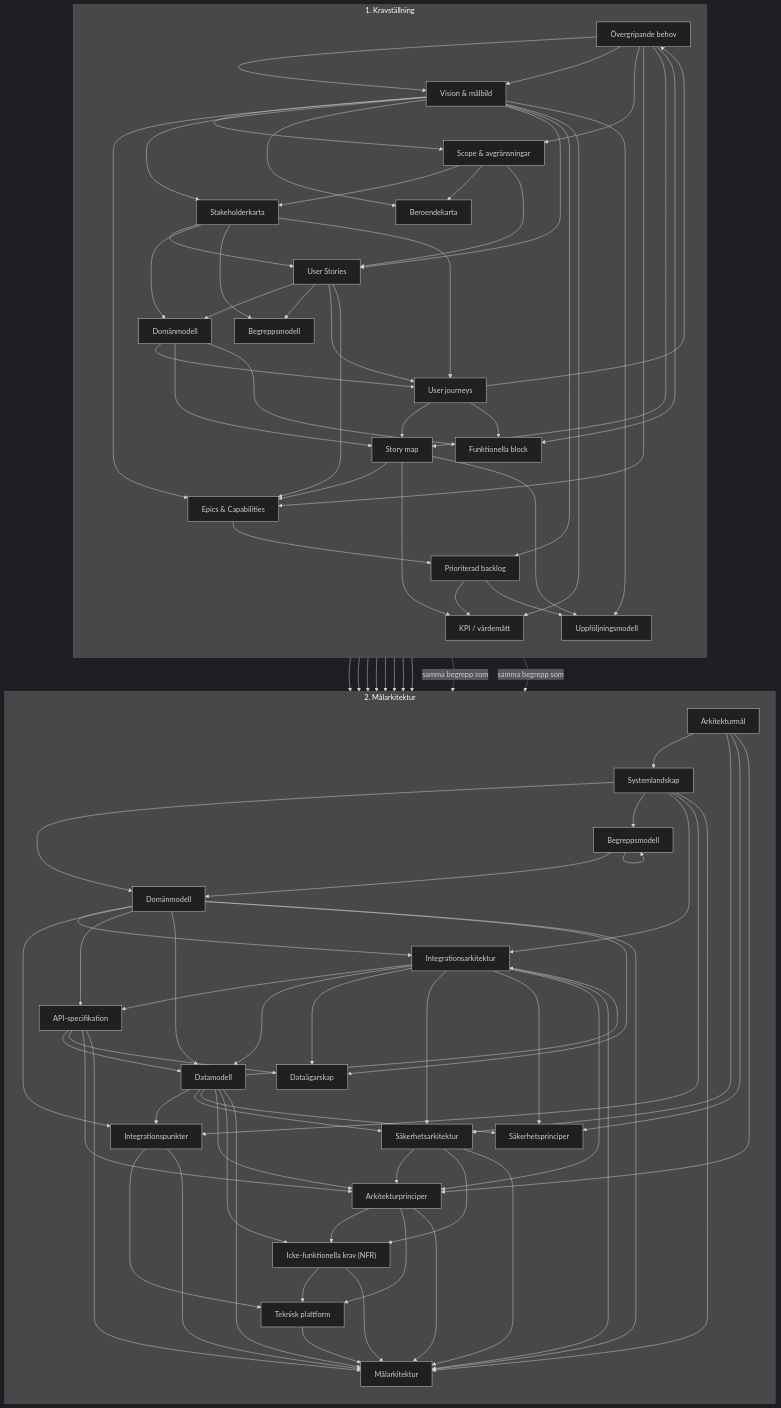
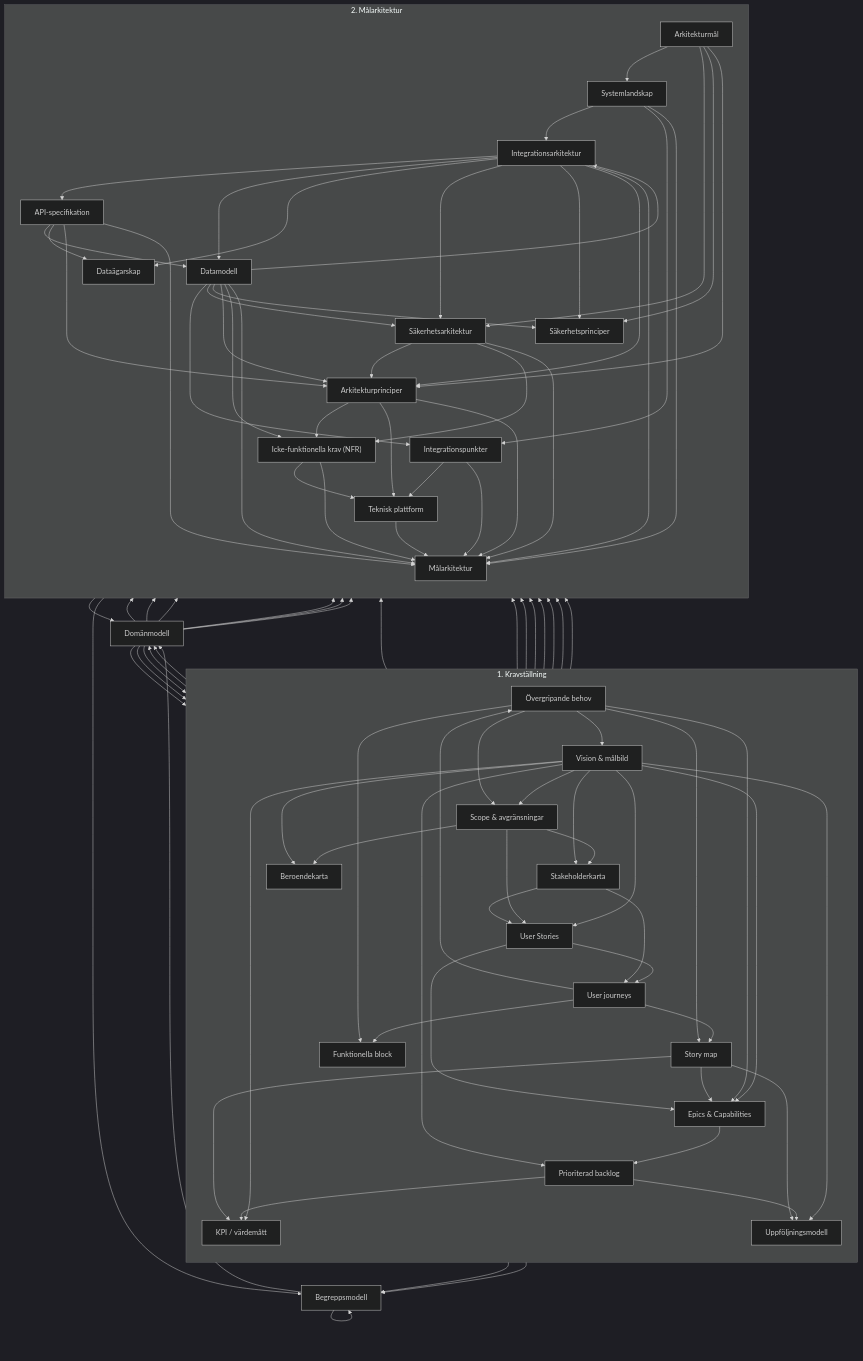
Before and after one commit to Riniga/valuestream-os: the diagram in docs/diagrams/artifact-dependencies-krav-och-malarkitektur.md, drawn with Mermaid (dark theme). The commit also changed other lines of this file and 5 other files, not shown here.

````diff
--- a/docs/diagrams/artifact-dependencies-krav-och-malarkitektur.md
+++ b/docs/diagrams/artifact-dependencies-krav-och-malarkitektur.md
@@ -16,8 +18,6 @@
     SK["Stakeholderkarta"]
     BK["Beroendekarta"]
     US["User Stories"]
-    DMk["Domänmodell"]
-    BMk["Begreppsmodell"]
     UJ["User journeys"]
     SM["Story map"]
     FB["Funktionella block"]
@@ -27,13 +27,14 @@
     UM["Uppföljningsmodell"]
   end
 
+  DM["Domänmodell"]
+  BM["Begreppsmodell"]
+
   subgraph mal ["2. Målarkitektur"]
     direction TB
     AM["Arkitekturmål"]
     AP["Arkitekturprinciper"]
     SL["Systemlandskap"]
-    DMm["Domänmodell"]
-    BMm["Begreppsmodell"]
     IA["Integrationsarkitektur"]
     IP["Integrationspunkter"]
     API["API-specifikation"]
@@ -47,7 +48,6 @@
   end
 
   OB --> VM
-  OB --> VM
   VM --> SA
   OB --> SA
   VM --> EC
@@ -59,19 +59,19 @@
   VM --> US
   SA --> US
   SK --> US
-  SK --> DMk
-  US --> DMk
-  SK --> BMk
-  US --> BMk
-  DMk --> UJ
+  SK --> DM
+  US --> DM
+  SK --> BM
+  US --> BM
+  DM --> UJ
   US --> UJ
   SK --> UJ
   UJ --> OB
   UJ --> SM
-  DMk --> SM
+  DM --> SM
   OB --> SM
   UJ --> FB
-  DMk --> FB
+  DM --> FB
   OB --> FB
   SM --> EC
   US --> EC
@@ -93,22 +93,22 @@
   AM --> SL
   OB --> SL
   BK --> SL
-  SL --> DMm
-  BMm --> DMm
-  SL --> BMm
-  BMm --> BMm
+  SL --> DM
+  BM --> DM
+  SL --> BM
+  BM --> BM
   SL --> IA
-  DMm --> IA
+  DM --> IA
   DD --> IA
   SL --> IP
-  DMm --> IP
+  DM --> IP
   DD --> IP
   IA --> API
-  DMm --> API
-  DMm --> DD
+  DM --> API
+  DM --> DD
   API --> DD
   IA --> DD
-  DMm --> DA
+  DM --> DA
   API --> DA
   IA --> DA
   DD --> SAK
@@ -132,13 +132,10 @@
   NFR --> MZ
   IP --> MZ
   SL --> MZ
-  DMm --> MZ
+  DM --> MZ
   IA --> MZ
   API --> MZ
   DD --> MZ
   SAK --> MZ
   TP --> MZ
-
-  DMk -.->|"samma begrepp som"| DMm
-  BMk -.->|"samma begrepp som"| BMm
 ```
````
